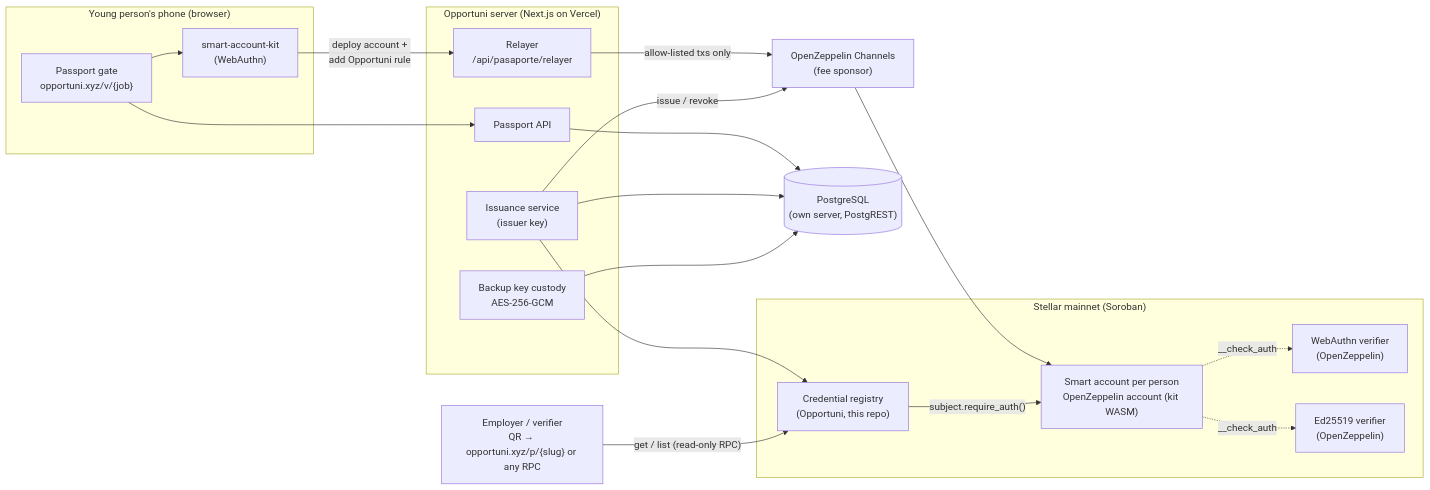
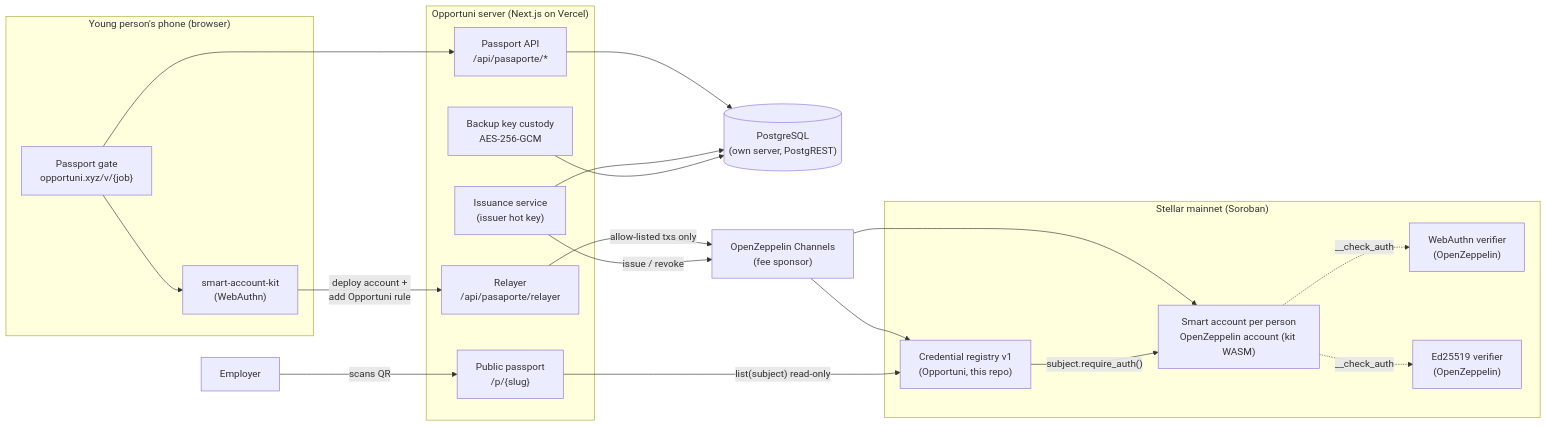
One commit to opportunixyz/opportuni changed the first of 10 diagrams in docs/architecture.md. Above: the diagram before and after it, drawn with Mermaid. The commit also changed other lines of this file, not shown here.

Commit message:
docs(architecture): today vs v2, sequence diagrams, API reference with payloads, work plan

````diff
--- a/docs/architecture.md
+++ b/docs/architecture.md
@@ -17,41 +34,43 @@
 ```mermaid
 flowchart LR
   subgraph Browser["Young person's phone (browser)"]
     Gate["Passport gate<br/>opportuni.xyz/v/{job}"]
     Kit["smart-account-kit<br/>(WebAuthn)"]
   end
 
   subgraph Vercel["Opportuni server (Next.js on Vercel)"]
-    API["Passport API"]
+    API["Passport API<br/>/api/pasaporte/*"]
     Relayer["Relayer<br/>/api/pasaporte/relayer"]
-    IssuerSvc["Issuance service<br/>(issuer key)"]
+    IssuerSvc["Issuance service<br/>(issuer hot key)"]
     Custody["Backup key custody<br/>AES-256-GCM"]
+    Pub["Public passport<br/>/p/{slug}"]
   end
 
   DB[("PostgreSQL<br/>(own server, PostgREST)")]
   Channels["OpenZeppelin Channels<br/>(fee sponsor)"]
 
   subgraph Stellar["Stellar mainnet (Soroban)"]
     Account["Smart account per person<br/>OpenZeppelin account (kit WASM)"]
     WebAuthn["WebAuthn verifier<br/>(OpenZeppelin)"]
     Ed25519["Ed25519 verifier<br/>(OpenZeppelin)"]
-    Registry["Credential registry<br/>(Opportuni, this repo)"]
+    Registry["Credential registry v1<br/>(Opportuni, this repo)"]
   end
 
-  Verifier["Employer / verifier<br/>QR → opportuni.xyz/p/{slug} or any RPC"]
+  Employer["Employer"]
 
   Gate --> API
   Gate --> Kit
   Kit -->|"deploy account +<br/>add Opportuni rule"| Relayer
   Relayer -->|"allow-listed txs only"| Channels
   Channels --> Account
   Account -.->|"__check_auth"| WebAuthn
   Account -.->|"__check_auth"| Ed25519
   IssuerSvc -->|"issue / revoke"| Channels
-  IssuerSvc --> Registry
+  Channels --> Registry
   Registry -->|"subject.require_auth()"| Account
   API --> DB
   IssuerSvc --> DB
   Custody --> DB
-  Verifier -->|"get / list (read-only RPC)"| Registry
+  Employer -->|"scans QR"| Pub
+  Pub -->|"list(subject) read-only"| Registry
 ```
````
